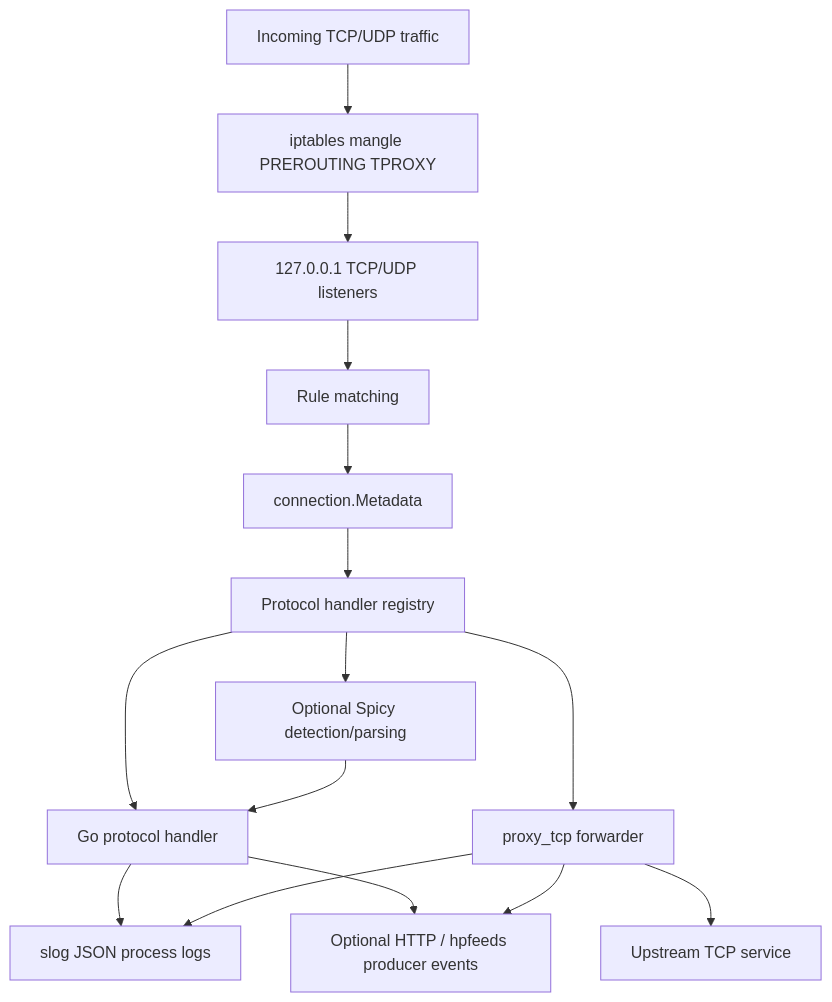
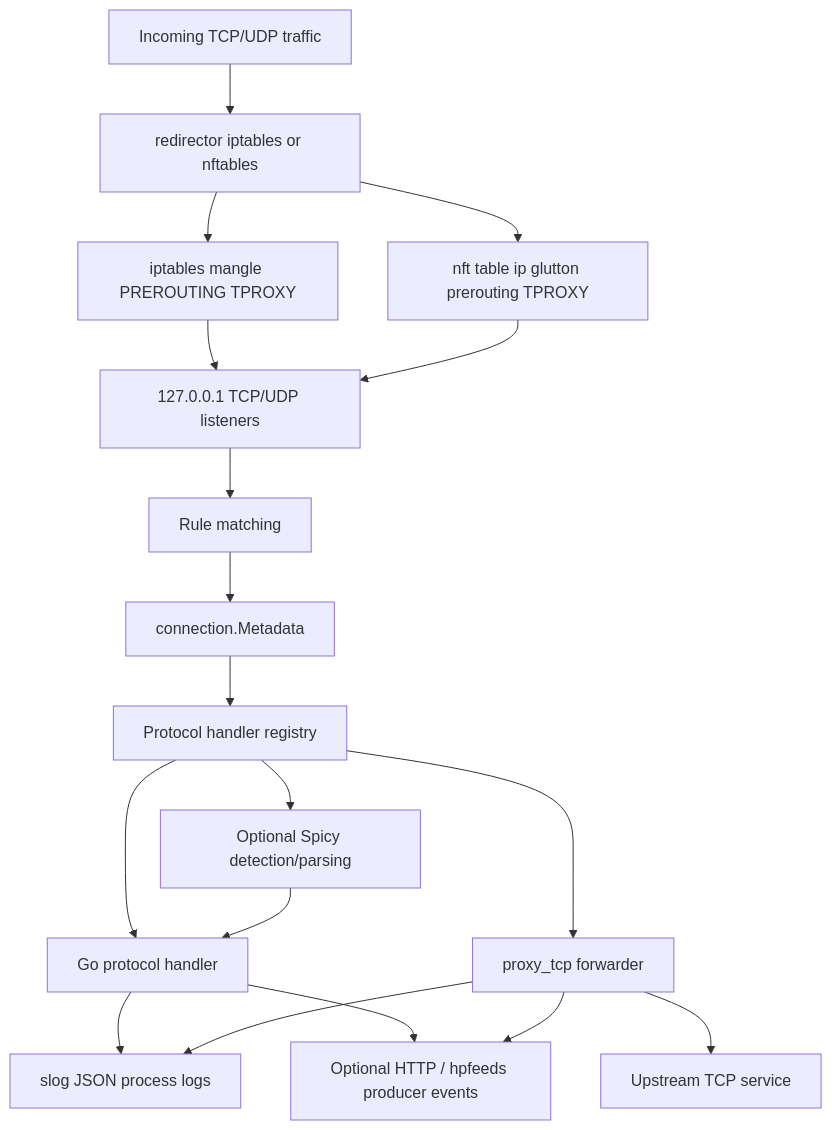
The diagram in docs/architecture.md (mushorg/glutton), drawn with Mermaid before and after one commit. The commit also changed other lines of this file and 15 other files, not shown here.

Commit message:
optional nftables tproxy implementation

````diff
--- a/docs/architecture.md
+++ b/docs/architecture.md
@@ -5,17 +5,20 @@
 ```mermaid
 flowchart TD
-    Net[Incoming TCP/UDP traffic] --> IPT[iptables mangle PREROUTING TPROXY]
-    IPT --> Listen[127.0.0.1 TCP/UDP listeners]
+    Net["Incoming TCP/UDP traffic"] --> Pick["redirector iptables or nftables"]
+    Pick --> IPT["iptables mangle PREROUTING TPROXY"]
+    Pick --> NFT["nft table ip glutton prerouting TPROXY"]
+    IPT --> Listen["127.0.0.1 TCP/UDP listeners"]
+    NFT --> Listen
     Listen --> Rules[Rule matching]
     Rules --> Meta[connection.Metadata]
     Meta --> Dispatch[Protocol handler registry]
     Dispatch --> GoHandler[Go protocol handler]
     Dispatch --> Proxy[proxy_tcp forwarder]
     Dispatch --> Spicy[Optional Spicy detection/parsing]
     Spicy --> GoHandler
     Proxy --> Upstream[Upstream TCP service]
     GoHandler --> ProcessLog[slog JSON process logs]
     Proxy --> ProcessLog
     GoHandler --> Producer[Optional HTTP / hpfeeds producer events]
     Proxy --> Producer
 ```
````
